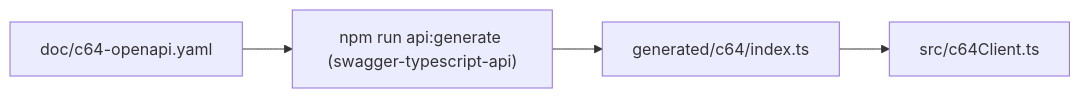
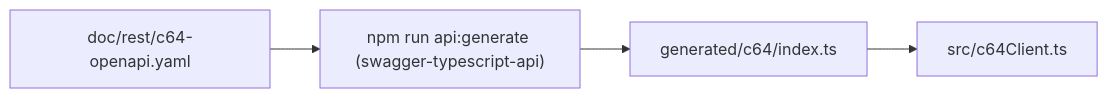
One commit to chrisgleissner/c64-mcp changed the second of 2 diagrams in doc/developer.md. Above: the diagram before and after it, drawn with Mermaid. The commit also changed other lines of this file and 55 other files, not shown here.

````diff
--- a/doc/developer.md
+++ b/doc/developer.md
@@ -78,9 +78,9 @@
 ```mermaid
 flowchart LR
-    OpenAPI["doc/c64-openapi.yaml"]
+  OpenAPI["doc/rest/c64-openapi.yaml"]
     Generator["npm run api:generate (swagger-typescript-api)"]
     Generated["generated/c64/index.ts"]
     Facade["src/c64Client.ts"]
 
     OpenAPI --> Generator --> Generated --> Facade
 ```
````
